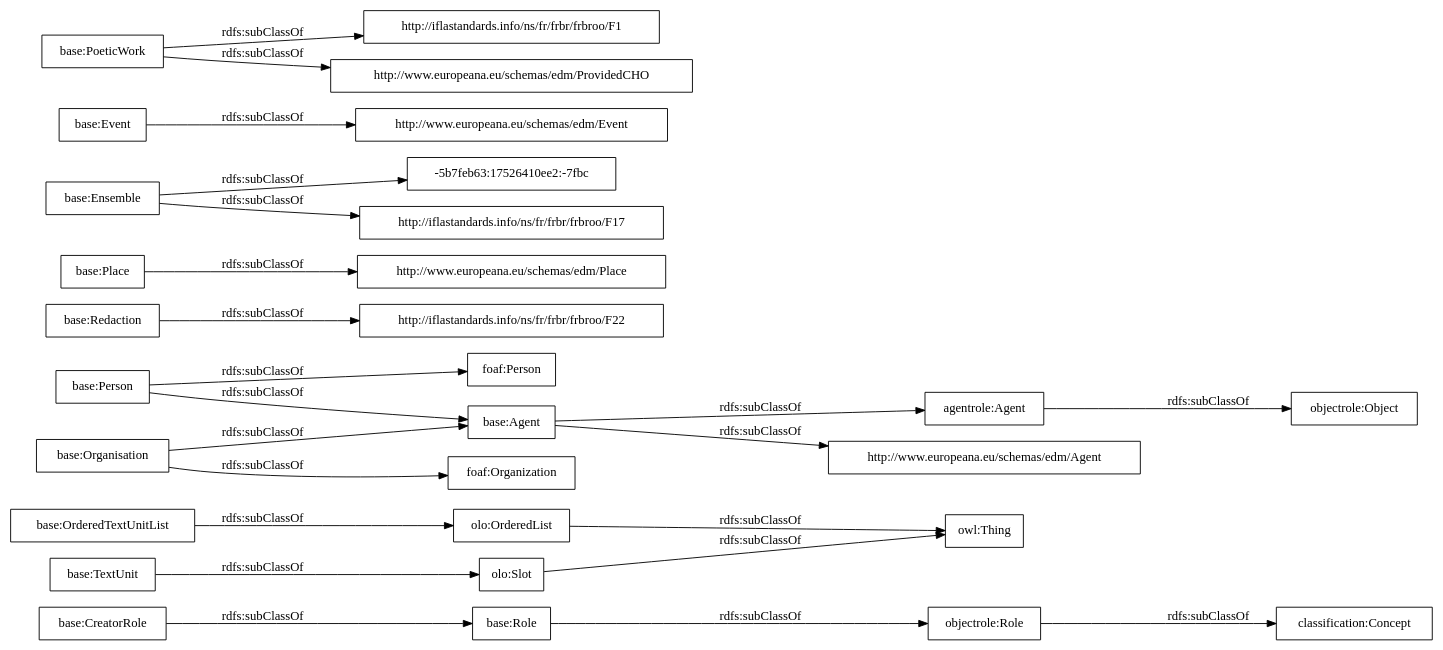
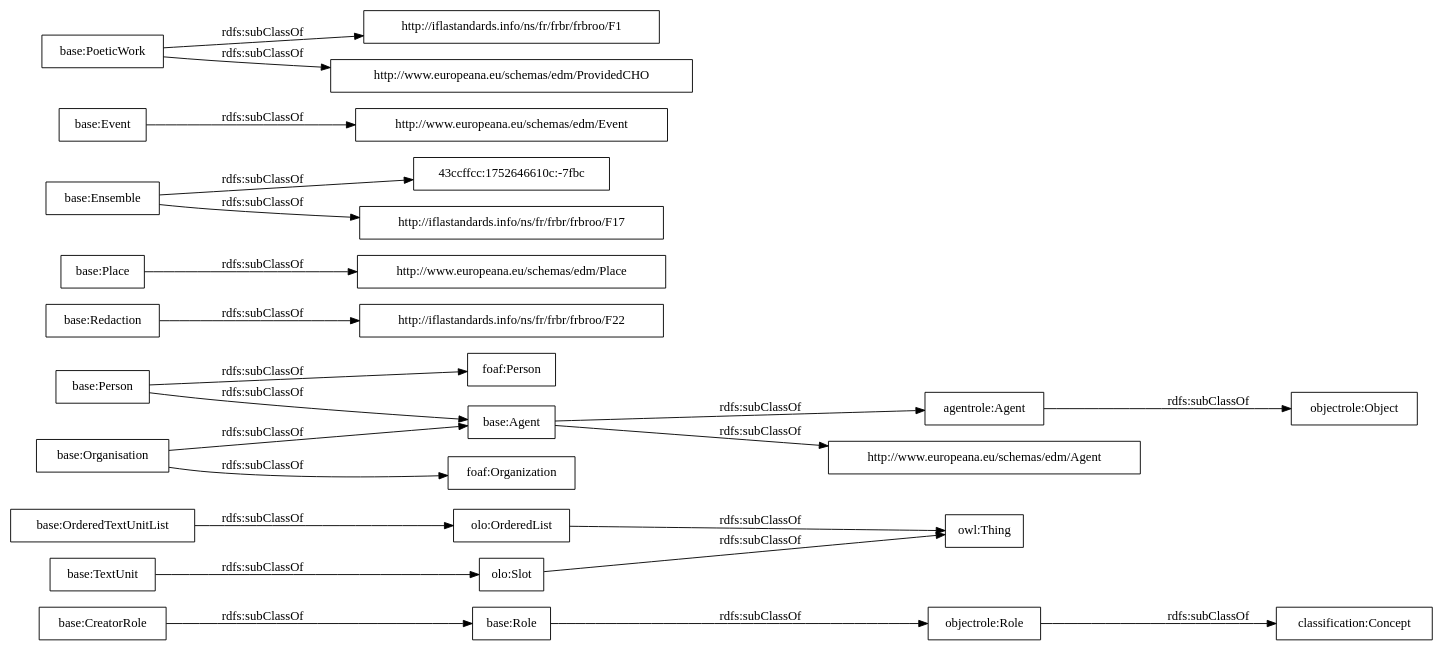
Before and after one commit to OnToologyUser/core-ontology-1: the diagram in OnToology/postdata-core.owl/diagrams/ar2dtool-taxonomy/postdata-core.owl.png.dot, drawn with Graphviz. The commit also changed 14 other files, not shown here.

```diff
--- a/OnToology/postdata-core.owl/diagrams/ar2dtool-taxonomy/postdata-core.owl.png.dot
+++ b/OnToology/postdata-core.owl/diagrams/ar2dtool-taxonomy/postdata-core.owl.png.dot
@@ -1,27 +1,27 @@
 digraph ar2dtool_diagram { 
 rankdir=LR;
 size="1000"
-node [shape = rectangle, color="black"]; "base:Role" "base:OrderedTextUnitList" "agentrole:Agent" "http://iflastandards.info/ns/fr/frbr/frbroo/F22" "http://www.europeana.eu/schemas/edm/Agent" "base:Agent" "base:CreatorRole" "base:Person" "base:Organisation" "http://www.europeana.eu/schemas/edm/Place" "base:Redaction" "foaf:Person" "base:Ensemble" "-5b7feb63:17526410ee2:-7fbc" "http://www.europeana.eu/schemas/edm/Event" "base:TextUnit" "http://iflastandards.info/ns/fr/frbr/frbroo/F1" "foaf:Organization" "http://www.europeana.eu/schemas/edm/ProvidedCHO" "base:Place" "base:Event" "base:PoeticWork" "http://iflastandards.info/ns/fr/frbr/frbroo/F17" "owl:Thing" "objectrole:Role" "objectrole:Object" "olo:Slot" "olo:OrderedList" "classification:Concept" ; /*classes style*/
+node [shape = rectangle, color="black"]; "base:Role" "base:OrderedTextUnitList" "agentrole:Agent" "http://iflastandards.info/ns/fr/frbr/frbroo/F22" "http://www.europeana.eu/schemas/edm/Agent" "base:Agent" "base:CreatorRole" "base:Person" "base:Organisation" "http://www.europeana.eu/schemas/edm/Place" "base:Redaction" "base:Ensemble" "foaf:Person" "http://www.europeana.eu/schemas/edm/Event" "base:TextUnit" "http://iflastandards.info/ns/fr/frbr/frbroo/F1" "foaf:Organization" "http://www.europeana.eu/schemas/edm/ProvidedCHO" "base:Place" "base:Event" "43ccffcc:1752646610c:-7fbc" "base:PoeticWork" "http://iflastandards.info/ns/fr/frbr/frbroo/F17" "owl:Thing" "objectrole:Role" "objectrole:Object" "olo:Slot" "olo:OrderedList" "classification:Concept" ; /*classes style*/
 	"base:Redaction" -> "http://iflastandards.info/ns/fr/frbr/frbroo/F22" [ label = "rdfs:subClassOf" ];
 	"base:Role" -> "objectrole:Role" [ label = "rdfs:subClassOf" ];
 	"base:Event" -> "http://www.europeana.eu/schemas/edm/Event" [ label = "rdfs:subClassOf" ];
 	"base:Person" -> "foaf:Person" [ label = "rdfs:subClassOf" ];
 	"base:Person" -> "base:Agent" [ label = "rdfs:subClassOf" ];
 	"olo:OrderedList" -> "owl:Thing" [ label = "rdfs:subClassOf" ];
 	"olo:Slot" -> "owl:Thing" [ label = "rdfs:subClassOf" ];
 	"base:PoeticWork" -> "http://www.europeana.eu/schemas/edm/ProvidedCHO" [ label = "rdfs:subClassOf" ];
 	"base:PoeticWork" -> "http://iflastandards.info/ns/fr/frbr/frbroo/F1" [ label = "rdfs:subClassOf" ];
 	"base:TextUnit" -> "olo:Slot" [ label = "rdfs:subClassOf" ];
 	"agentrole:Agent" -> "objectrole:Object" [ label = "rdfs:subClassOf" ];
+	"base:Ensemble" -> "43ccffcc:1752646610c:-7fbc" [ label = "rdfs:subClassOf" ];
 	"base:Ensemble" -> "http://iflastandards.info/ns/fr/frbr/frbroo/F17" [ label = "rdfs:subClassOf" ];
-	"base:Ensemble" -> "-5b7feb63:17526410ee2:-7fbc" [ label = "rdfs:subClassOf" ];
 	"base:OrderedTextUnitList" -> "olo:OrderedList" [ label = "rdfs:subClassOf" ];
 	"base:Agent" -> "agentrole:Agent" [ label = "rdfs:subClassOf" ];
 	"base:Agent" -> "http://www.europeana.eu/schemas/edm/Agent" [ label = "rdfs:subClassOf" ];
 	"objectrole:Role" -> "classification:Concept" [ label = "rdfs:subClassOf" ];
 	"base:Place" -> "http://www.europeana.eu/schemas/edm/Place" [ label = "rdfs:subClassOf" ];
 	"base:Organisation" -> "foaf:Organization" [ label = "rdfs:subClassOf" ];
 	"base:Organisation" -> "base:Agent" [ label = "rdfs:subClassOf" ];
 	"base:CreatorRole" -> "base:Role" [ label = "rdfs:subClassOf" ];
 
 }
```
